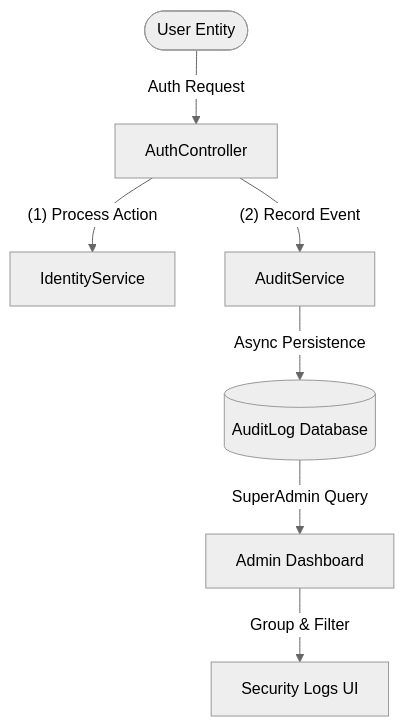
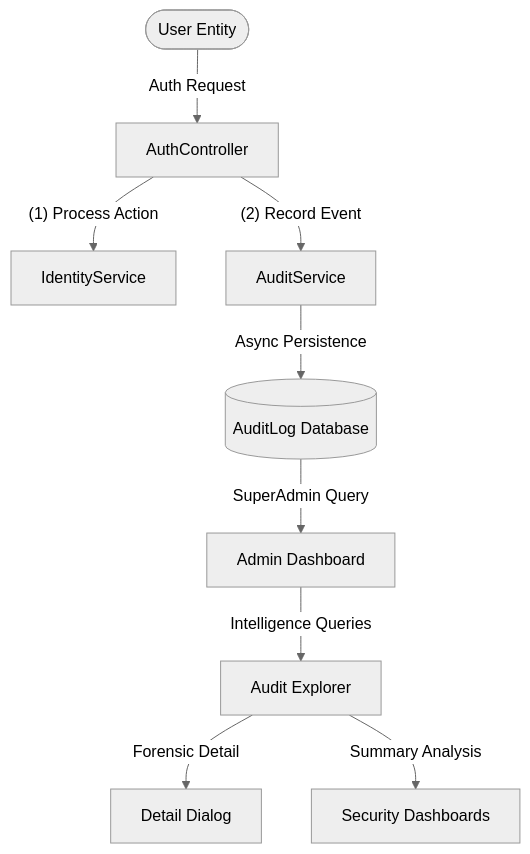
The first of 2 diagrams in Documentation/security_audit_architecture.md (KyloReb/FinanceManagementConsole), drawn with Mermaid (neutral theme) before and after one commit. The commit also changed other lines of this file and 4 other files, not shown here.

First line of the commit message:
docs: Update project structure, audit architecture, and roadmap

````diff
--- a/Documentation/security_audit_architecture.md
+++ b/Documentation/security_audit_architecture.md
@@ -11,9 +11,11 @@
 ```mermaid
 graph TD
     User([User Entity]) -->|Auth Request| API[AuthController]
     API -->|"(1) Process Action"| IS[IdentityService]
     API -->|"(2) Record Event"| AS[AuditService]
     AS -->|Async Persistence| DB[(AuditLog Database)]
     DB -->|SuperAdmin Query| AD[Admin Dashboard]
-    AD -->|Group & Filter| UI[Security Logs UI]
+    AD -->|Intelligence Queries| AE[Audit Explorer]
+    AE -->|Forensic Detail| AE_Modal[Detail Dialog]
+    AE -->|Summary Analysis| UI[Security Dashboards]
 ```
````
